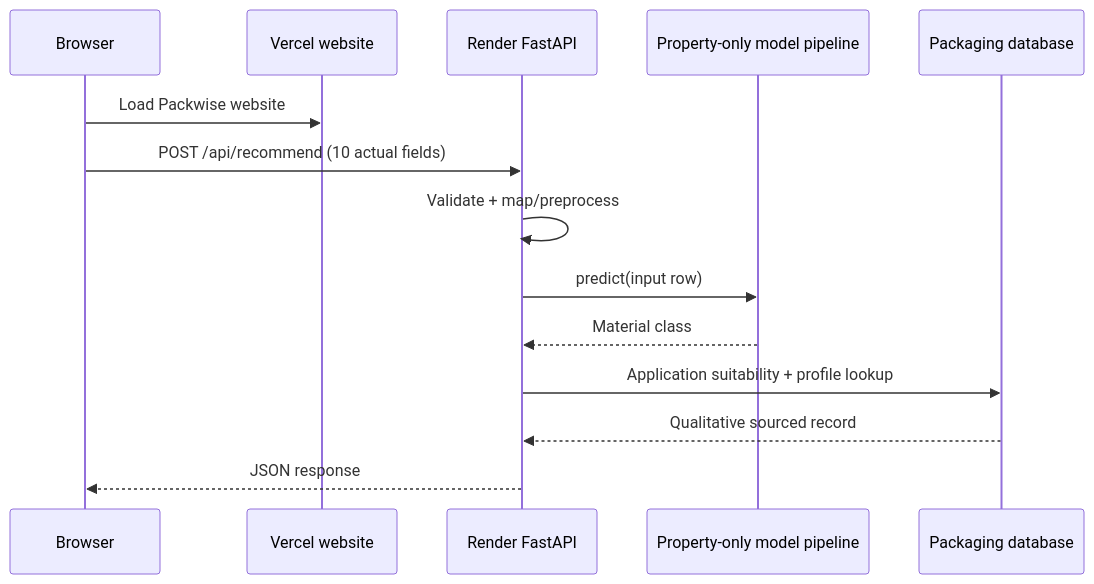
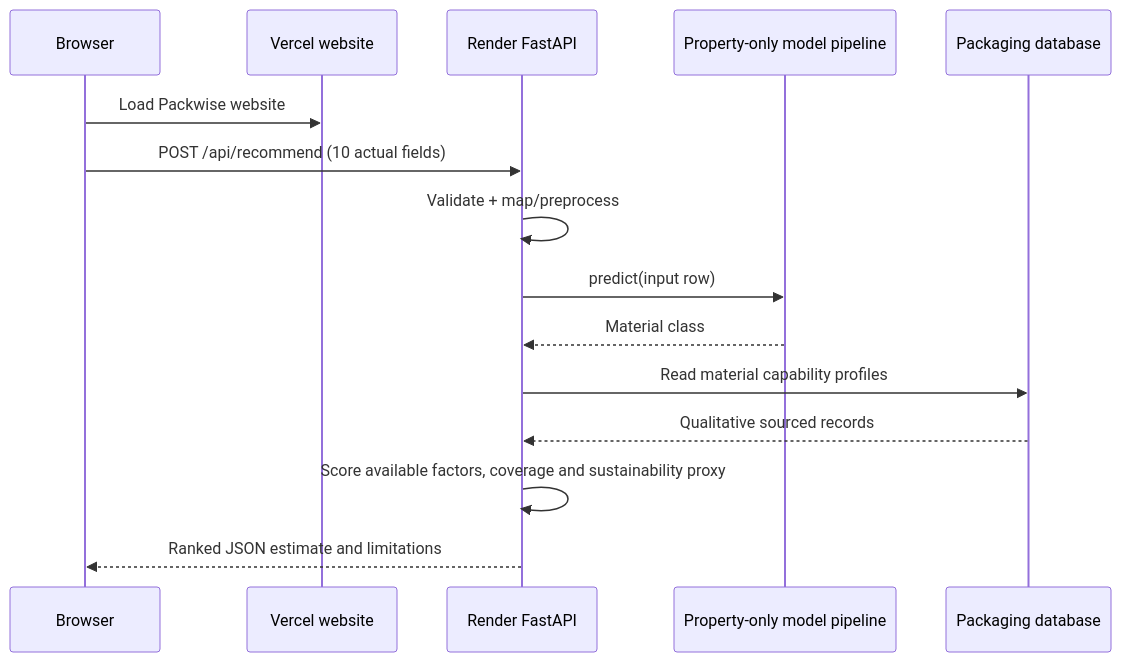
The diagram in docs/architecture.md (Shiladittya01/packwise-sih-26236), drawn with Mermaid before and after one commit. The commit also changed other lines of this file and 21 other files, not shown here.

````diff
--- a/docs/architecture.md
+++ b/docs/architecture.md
@@ -20,16 +20,17 @@
 ```mermaid
 sequenceDiagram
   participant B as Browser
   participant V as Vercel website
   participant R as Render FastAPI
   participant M as Property-only model pipeline
   participant D as Packaging database
   B->>V: Load Packwise website
   B->>R: POST /api/recommend (10 actual fields)
   R->>R: Validate + map/preprocess
   R->>M: predict(input row)
   M-->>R: Material class
-  R->>D: Application suitability + profile lookup
-  D-->>R: Qualitative sourced record
-  R-->>B: JSON response
+  R->>D: Read material capability profiles
+  D-->>R: Qualitative sourced records
+  R->>R: Score available factors, coverage and sustainability proxy
+  R-->>B: Ranked JSON estimate and limitations
 ```
````
